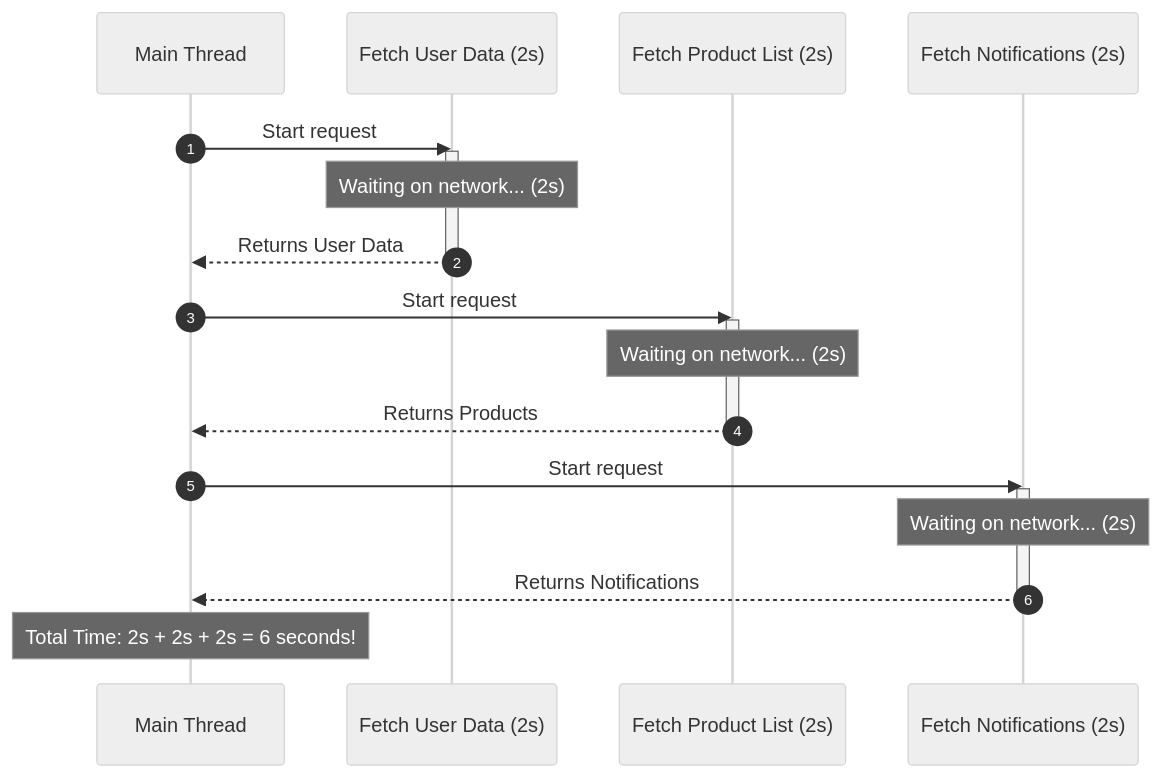
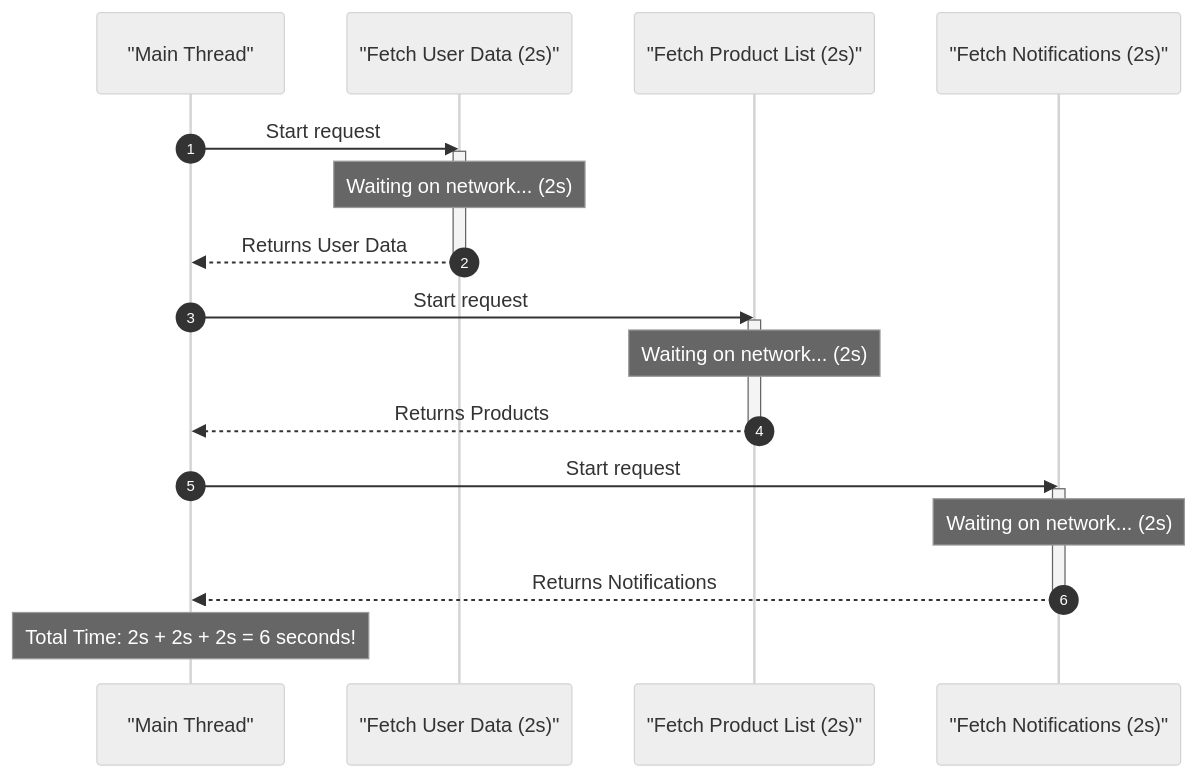
Before and after one commit to pushkar100/notes-python: the first of 4 diagrams in 9.5-Asynchronous-Programming-AsyncIO.md, drawn with Mermaid (neutral theme). The commit also changed other lines of this file, not shown here.

````diff
--- a/9.5-Asynchronous-Programming-AsyncIO.md
+++ b/9.5-Asynchronous-Programming-AsyncIO.md
@@ -38,28 +28,28 @@
 ```mermaid
 sequenceDiagram
     autonumber
-    participant Main as Main Thread
-    participant Task1 as Fetch User Data (2s)
-    participant Task2 as Fetch Product List (2s)
-    participant Task3 as Fetch Notifications (2s)
+    participant Main as "Main Thread"
+    participant Task1 as "Fetch User Data (2s)"
+    participant Task2 as "Fetch Product List (2s)"
+    participant Task3 as "Fetch Notifications (2s)"
 
     Main->>Task1: Start request
     activate Task1
     Note over Task1: Waiting on network... (2s)
     Task1-->>Main: Returns User Data
     deactivate Task1
 
     Main->>Task2: Start request
     activate Task2
     Note over Task2: Waiting on network... (2s)
     Task2-->>Main: Returns Products
     deactivate Task2
 
     Main->>Task3: Start request
     activate Task3
     Note over Task3: Waiting on network... (2s)
     Task3-->>Main: Returns Notifications
     deactivate Task3
 
     Note over Main: Total Time: 2s + 2s + 2s = 6 seconds!
 ```
````
